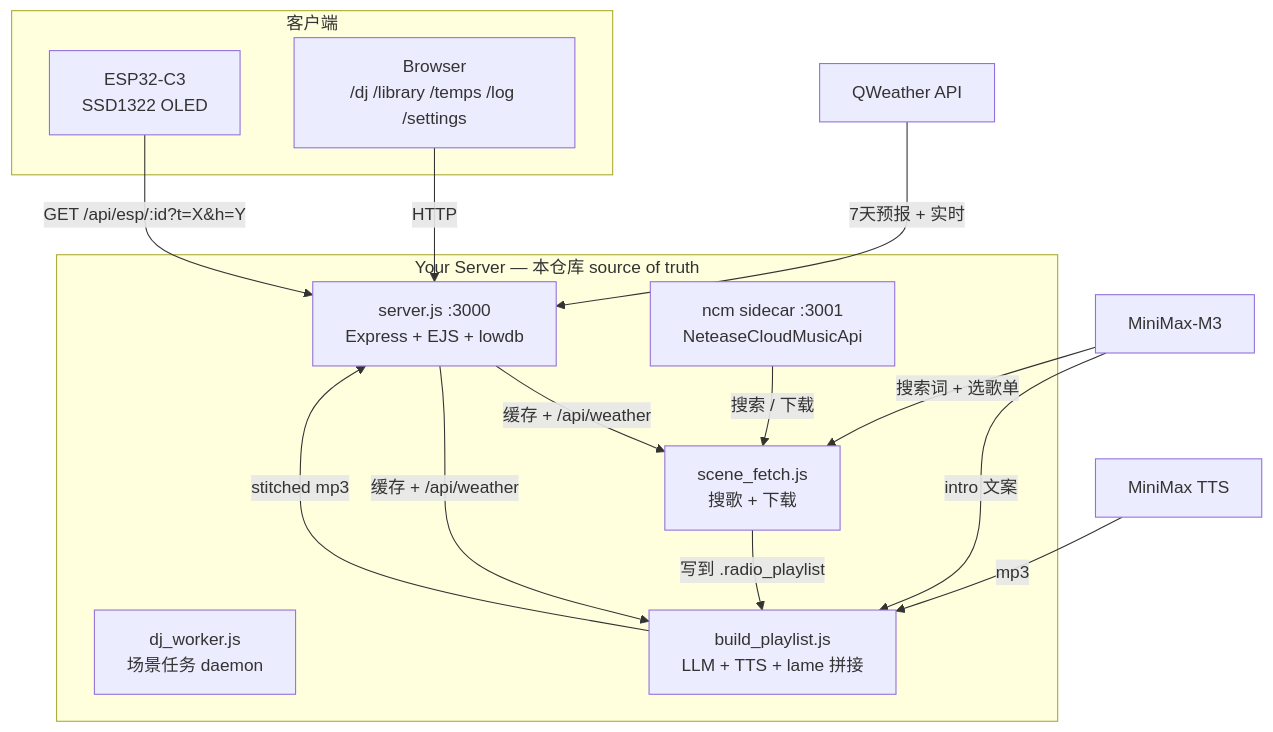
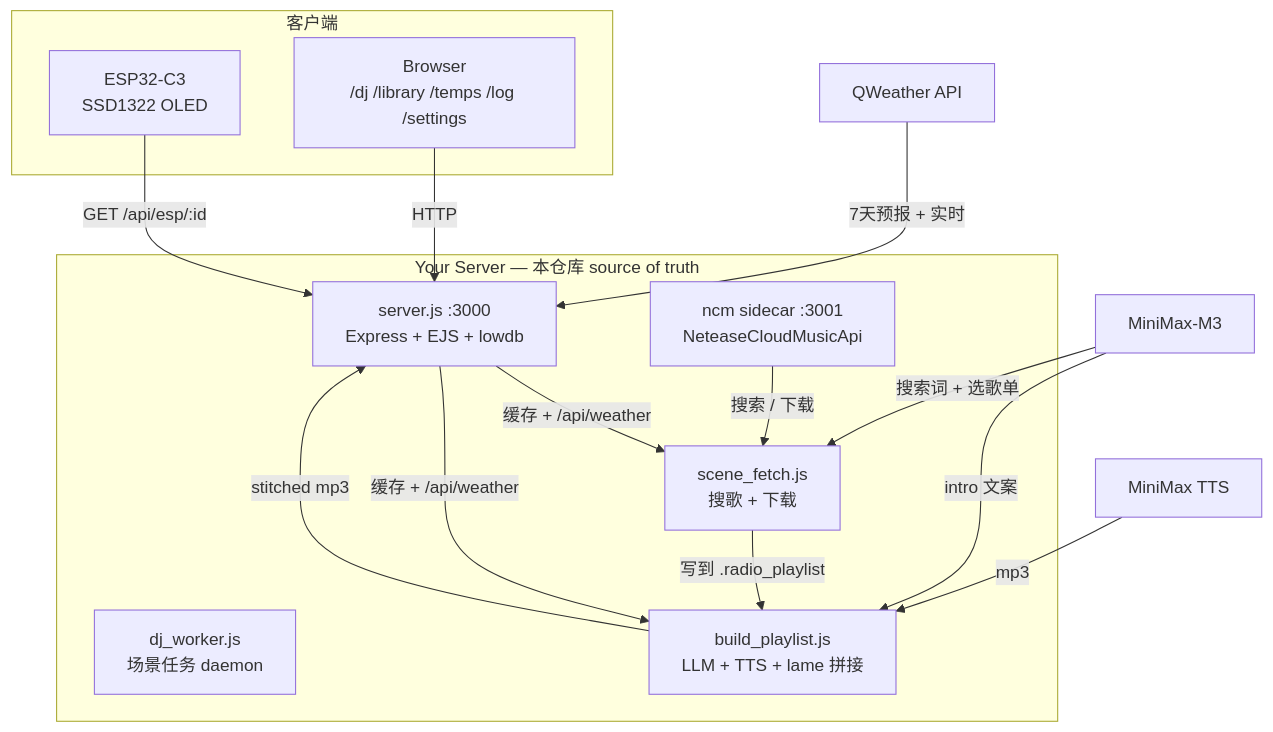
Before and after one commit to llinzzi/slumbercube-server: the first of 2 diagrams in README.md, drawn with Mermaid. The commit also changed other lines of this file, not shown here.

Commit message:
Update API list and fix mermaid ampersand for GitHub

````diff
--- a/README.md
+++ b/README.md
@@ -44,28 +44,28 @@
 ```mermaid
 graph TB
   subgraph "Your Server — 本仓库 source of truth"
     S[server.js :3000<br/>Express + EJS + lowdb]
     W[dj_worker.js<br/>场景任务 daemon]
     N[ncm sidecar :3001<br/>NeteaseCloudMusicApi]
     SC[scene_fetch.js<br/>搜歌 + 下载]
     BP[build_playlist.js<br/>LLM + TTS + lame 拼接]
   end
 
   QW[QWeather API] -->|7天预报 + 实时| S
   S -->|缓存 + /api/weather| SC
   S -->|缓存 + /api/weather| BP
   LLM[MiniMax-M3] -->|intro 文案| BP
   TTS[MiniMax TTS] -->|mp3| BP
   LLM -->|搜索词 + 选歌单| SC
   N -->|搜索 / 下载| SC
   SC -->|写到 .radio_playlist| BP
   BP -->|stitched mp3| S
 
   subgraph "客户端"
     ESP[ESP32-C3<br/>SSD1322 OLED]
     BR[Browser<br/>/dj /library /temps /log /settings]
   end
 
-  ESP -->|GET /api/esp/:id?t=X&h=Y| S
+  ESP -->|"GET /api/esp/:id"| S
   BR -->|HTTP| S
 ```
````
